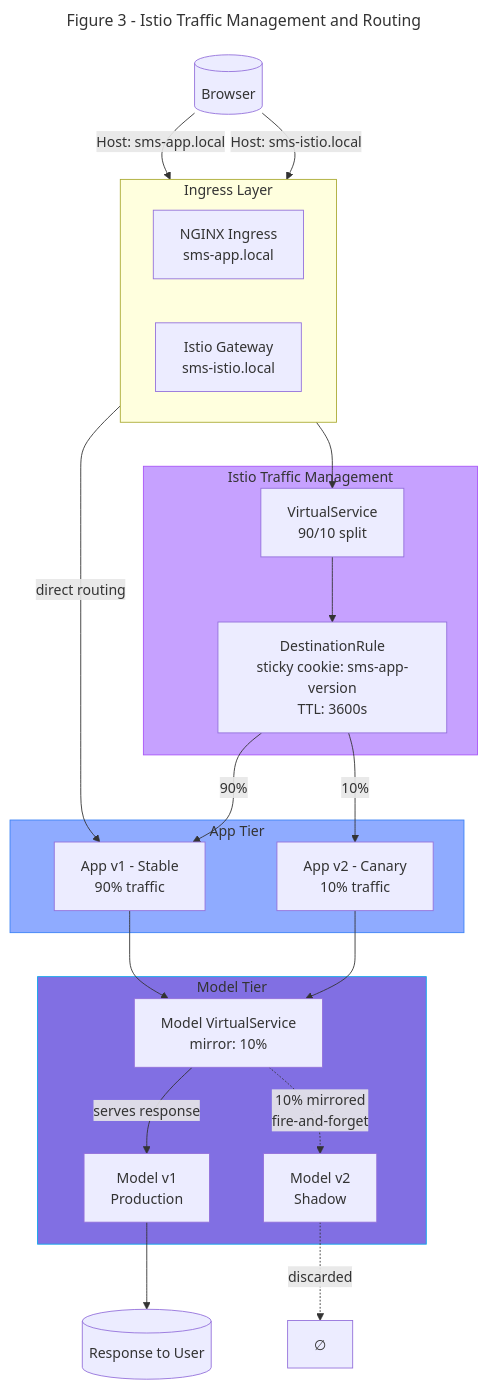
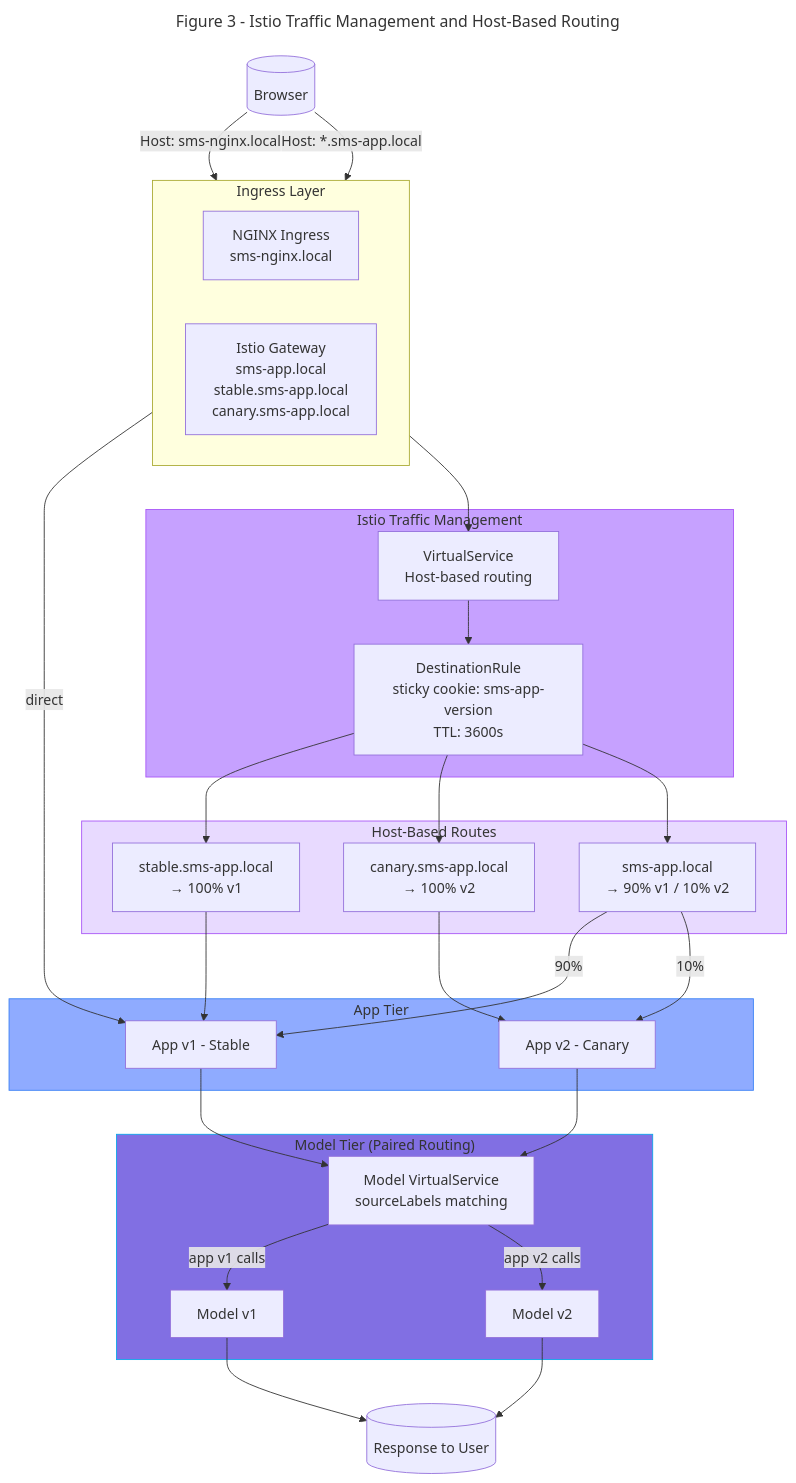
The third of 4 diagrams in docs/deployment.md (doda2025-team17/operation), drawn with Mermaid before and after one commit. The commit also changed other lines of this file and 4 other files, not shown here.

````diff
--- a/docs/deployment.md
+++ b/docs/deployment.md
@@ -399,54 +421,67 @@
 ```mermaid
 ---
-title: Figure 3 - Istio Traffic Management and Routing
+title: Figure 3 - Istio Traffic Management and Host-Based Routing
 ---
 flowchart TB
     Browser[("Browser")]
 
     subgraph routing["Ingress Layer"]
         direction LR
-        NGINX["NGINX Ingress<br/>sms-app.local"]
-        Istio["Istio Gateway<br/>sms-istio.local"]
+        NGINX["NGINX Ingress<br/>sms-nginx.local"]
+        Istio["Istio Gateway<br/>sms-app.local<br/>stable.sms-app.local<br/>canary.sms-app.local"]
     end
 
     subgraph istio-routing["Istio Traffic Management"]
-        VS["VirtualService<br/>90/10 split"]
+        VS["VirtualService<br/>Host-based routing"]
         DR["DestinationRule<br/>sticky cookie: sms-app-version<br/>TTL: 3600s"]
     end
 
-    subgraph app-tier["App Tier"]
-        AppV1["App v1 - Stable<br/>90% traffic"]
-        AppV2["App v2 - Canary<br/>10% traffic"]
+    subgraph host-routes["Host-Based Routes"]
+        StableHost["stable.sms-app.local<br/>→ 100% v1"]
+        CanaryHost["canary.sms-app.local<br/>→ 100% v2"]
+        ExpHost["sms-app.local<br/>→ 90% v1 / 10% v2"]
     end
 
-    subgraph model-tier["Model Tier"]
-        ModelVS["Model VirtualService<br/>mirror: 10%"]
-        ModelV1["Model v1<br/>Production"]
-        ModelV2["Model v2<br/>Shadow"]
+    subgraph app-tier["App Tier"]
+        AppV1["App v1 - Stable"]
+        AppV2["App v2 - Canary"]
+    end
+
+    subgraph model-tier["Model Tier (Paired Routing)"]
+        ModelVS["Model VirtualService<br/>sourceLabels matching"]
+        ModelV1["Model v1"]
+        ModelV2["Model v2"]
     end
 
     Response[("Response to User")]
 
-    Browser -->|"Host: sms-app.local"| NGINX
-    Browser -->|"Host: sms-istio.local"| Istio
+    Browser -->|"Host: sms-nginx.local"| NGINX
+    Browser -->|"Host: *.sms-app.local"| Istio
 
-    NGINX -->|"direct routing"| AppV1
+    NGINX -->|"direct"| AppV1
 
     Istio --> VS
     VS --> DR
-    DR -->|"90%"| AppV1
-    DR -->|"10%"| AppV2
+    DR --> StableHost
+    DR --> CanaryHost
+    DR --> ExpHost
+
+    StableHost --> AppV1
+    CanaryHost --> AppV2
+    ExpHost -->|"90%"| AppV1
+    ExpHost -->|"10%"| AppV2
 
     AppV1 --> ModelVS
     AppV2 --> ModelVS
 
-    ModelVS -->|"serves response"| ModelV1
-    ModelVS -.->|"10% mirrored<br/>fire-and-forget"| ModelV2
+    ModelVS -->|"app v1 calls"| ModelV1
+    ModelVS -->|"app v2 calls"| ModelV2
 
     ModelV1 --> Response
-    ModelV2 -.->|"discarded"| X["∅"]
+    ModelV2 --> Response
 
     style istio-routing fill:#c6a1ff,stroke:#a855f7
+    style host-routes fill:#e8daff,stroke:#a855f7
     style app-tier fill:#8fabff,stroke:#3b82f6
     style model-tier fill:#816fe3,stroke:#0ea5e9
 ```
````
